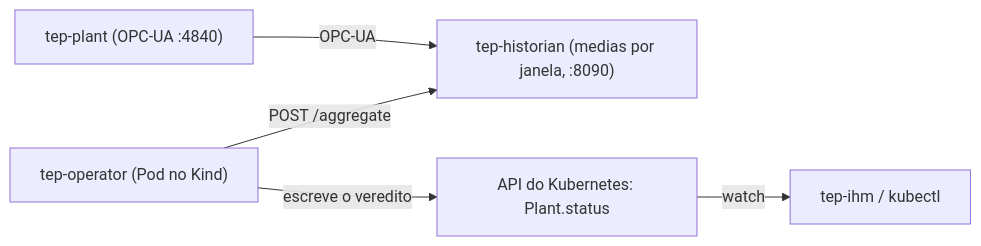
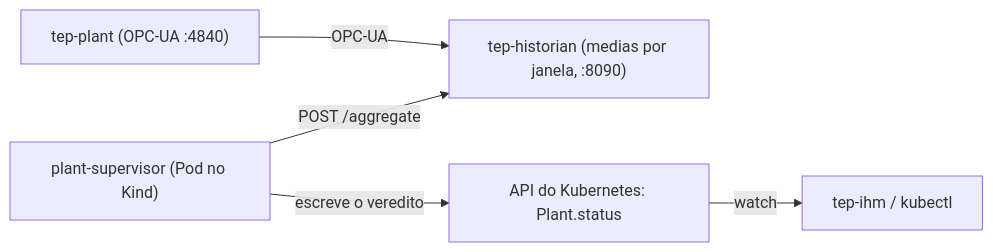
One commit to Green-Cinnamon-Labs/plant-supervisor changed the diagram in docs/01-visao-geral.md. Above: the diagram before and after it, drawn with Mermaid. The commit also changed other lines of this file and 24 other files, not shown here.

First line of the commit message:
CHORE: renomeia tep-operator → plant-supervisor e tep-supervisor → tep-lab

````diff
--- a/docs/01-visao-geral.md
+++ b/docs/01-visao-geral.md
@@ -20,13 +22,13 @@
 ```mermaid
 flowchart LR
     Plant["tep-plant (OPC-UA :4840)"]
     Historian["tep-historian (medias por janela, :8090)"]
-    Operator["tep-operator (Pod no Kind)"]
+    Operator["plant-supervisor (Pod no Kind)"]
     API["API do Kubernetes: Plant.status"]
     IHM["tep-ihm / kubectl"]
 
     Plant -->|"OPC-UA"| Historian
     Operator -->|"POST /aggregate"| Historian
     Operator -->|"escreve o veredito"| API
     API -->|"watch"| IHM
 ```
````
